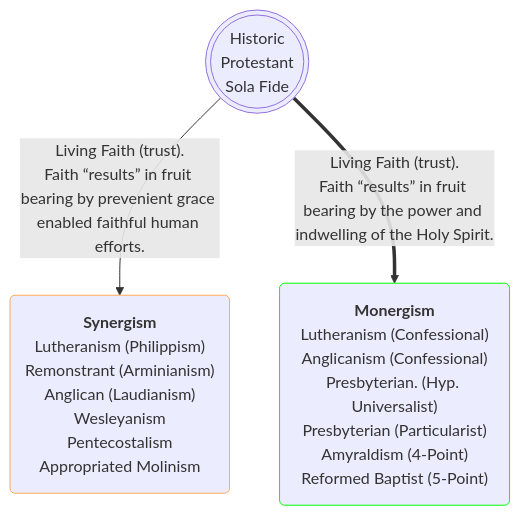
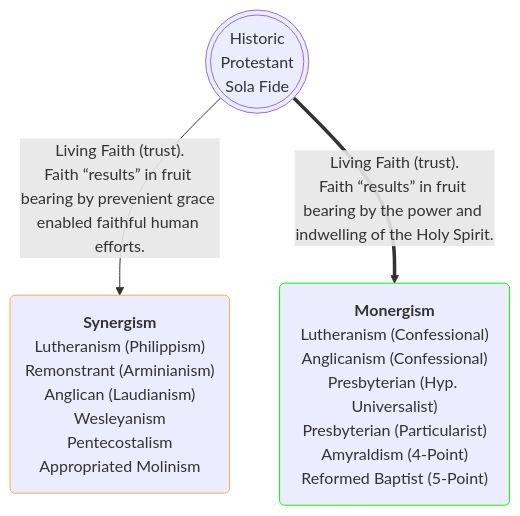
The third of 5 diagrams in _posts/2025-08-03-historic-protestant-position.markdown (OrdoLuminis/ordoluminis.github.io), drawn with Mermaid before and after one commit. The commit also changed other lines of this file, not shown here.

````diff
--- a/_posts/2025-08-03-historic-protestant-position.markdown
+++ b/_posts/2025-08-03-historic-protestant-position.markdown
@@ -102,8 +100,8 @@
 ```mermaid
 flowchart TD
     A(((Historic<br>Protestant<br>Sola Fide)))
     A -->|Living Faith &lpar;trust&rpar;.<br>Faith &ldquo;results&rdquo; in fruit bearing by prevenient grace enabled faithful human efforts.| H(<strong>Synergism</strong><br>Lutheranism &lpar;Philippism&rpar;<br>Remonstrant &lpar;Arminianism&rpar;<br>Anglican &lpar;Laudianism&rpar;<br>Wesleyanism<br>Pentecostalism<br>Appropriated Molinism):::orange
-    A ==>|Living Faith &lpar;trust&rpar;.<br>Faith &ldquo;results&rdquo; in fruit bearing by the power and indwelling of the Holy Spirit.| G(<strong>Monergism</strong><br>Lutheranism &lpar;Confessional&rpar;<br>Anglicanism &lpar;Confessional&rpar;<br>Presbyterian. &lpar;Hyp. Universalist&rpar;<br>Presbyterian &lpar;Particularist&rpar;<br>Amyraldism &lpar;4-Point&rpar;<br>Reformed Baptist &lpar;5-Point&rpar;):::green
+    A ==>|Living Faith &lpar;trust&rpar;.<br>Faith &ldquo;results&rdquo; in fruit bearing by the power and indwelling of the Holy Spirit.| G(<strong>Monergism</strong><br>Lutheranism &lpar;Confessional&rpar;<br>Anglicanism &lpar;Confessional&rpar;<br>Presbyterian &lpar;Hyp. Universalist&rpar;<br>Presbyterian &lpar;Particularist&rpar;<br>Amyraldism &lpar;4-Point&rpar;<br>Reformed Baptist &lpar;5-Point&rpar;):::green
     classDef green stroke:#0f0
     classDef orange stroke:#fa5
 ```
````
